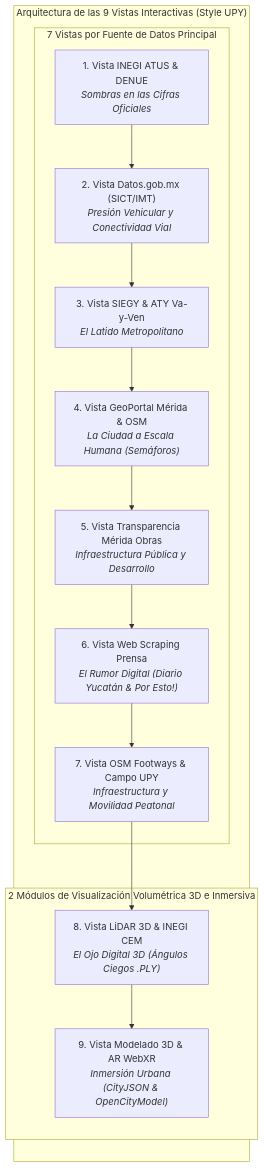
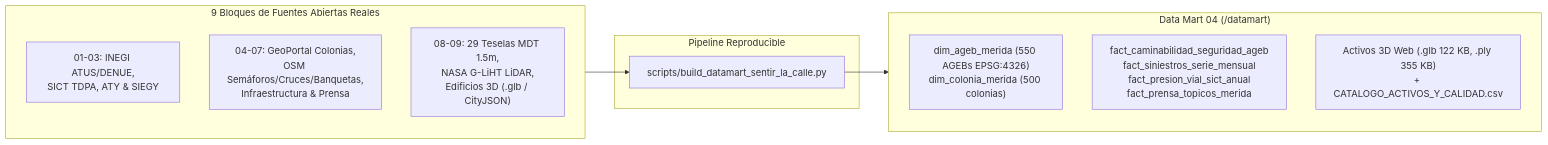
The diagram in README.md (Rivaldo2309030/Visual-Modeling-For-Information), drawn with Mermaid before and after one commit. The commit also changed other lines of this file and 116 other files, not shown here.

Commit message:
feat(medallion): migrar Equipo 4 a arquitectura Bronze-Silver-Gold con datos 100% reales en Parquet y GeoParquet

````diff
--- a/README.md
+++ b/README.md
@@ -21,23 +33,20 @@
 ```mermaid
-flowchart TD
-    subgraph DataStorytelling ["Arquitectura de las 9 Vistas Interactivas (Style UPY)"]
-        direction TB
-        
-        subgraph Fuentes ["7 Vistas por Fuente de Datos Principal"]
-            V1["1. Vista INEGI ATUS & DENUE<br><i>Sombras en las Cifras Oficiales</i>"]
-            V2["2. Vista Datos.gob.mx (SICT/IMT)<br><i>Presión Vehicular y Conectividad Vial</i>"]
-            V3["3. Vista SIEGY & ATY Va-y-Ven<br><i>El Latido Metropolitano</i>"]
-            V4["4. Vista GeoPortal Mérida & OSM<br><i>La Ciudad a Escala Humana (Semáforos)</i>"]
-            V5["5. Vista Transparencia Mérida Obras<br><i>Infraestructura Pública y Desarrollo</i>"]
-            V6["6. Vista Web Scraping Prensa<br><i>El Rumor Digital (Diario Yucatán & Por Esto!)</i>"]
-            V7["7. Vista OSM Footways & Campo UPY<br><i>Infraestructura y Movilidad Peatonal</i>"]
-        end
-        
-        subgraph Inmersivas ["2 Módulos de Visualización Volumétrica 3D e Inmersiva"]
-            V8["8. Vista LiDAR 3D & INEGI CEM<br><i>El Ojo Digital 3D (Ángulos Ciegos .PLY)</i>"]
-            V9["9. Vista Modelado 3D & AR WebXR<br><i>Inmersión Urbana (CityJSON & OpenCityModel)</i>"]
-        end
-        
-        V1 --> V2 --> V3 --> V4 --> V5 --> V6 --> V7 --> V8 --> V9
+flowchart LR
+    subgraph Fuentes ["9 Bloques de Fuentes Abiertas Reales"]
+        F1["01-03: INEGI ATUS/DENUE,<br>SICT TDPA, ATY & SIEGY"]
+        F2["04-07: GeoPortal Colonias,<br>OSM Semáforos/Cruces/Banquetas,<br>Infraestructura & Prensa"]
+        F3["08-09: 29 Teselas MDT 1.5m,<br>NASA G-LiHT LiDAR,<br>Edificios 3D (.glb / CityJSON)"]
     end
+
+    subgraph ETL ["Pipeline Reproducible"]
+        P["scripts/build_datamart_sentir_la_calle.py"]
+    end
+
+    subgraph DM ["Data Mart 04 (/datamart)"]
+        D1["dim_ageb_merida (550 AGEBs EPSG:4326)<br>dim_colonia_merida (500 colonias)"]
+        D2["fact_caminabilidad_seguridad_ageb<br>fact_siniestros_serie_mensual<br>fact_presion_vial_sict_anual<br>fact_prensa_topicos_merida"]
+        D3["Activos 3D Web (.glb 122 KB, .ply 355 KB)<br>+ CATALOGO_ACTIVOS_Y_CALIDAD.csv"]
+    end
+
+    Fuentes --> P --> DM
 ```
````
